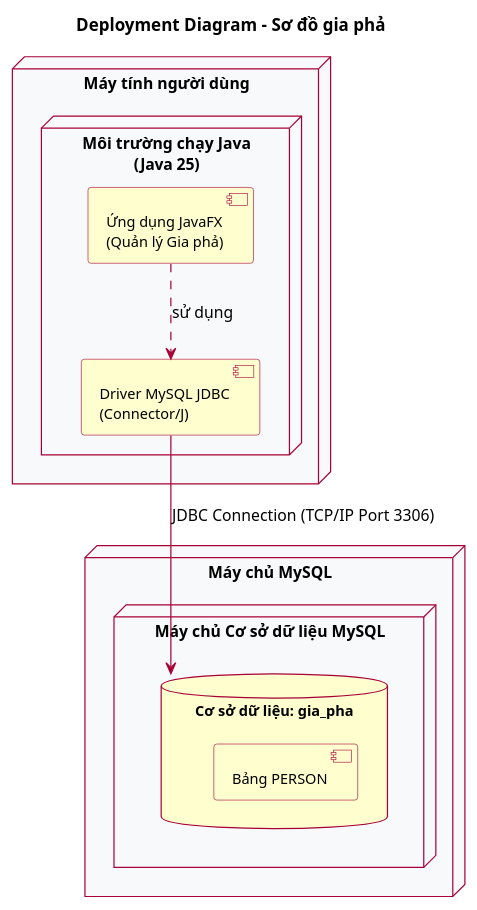
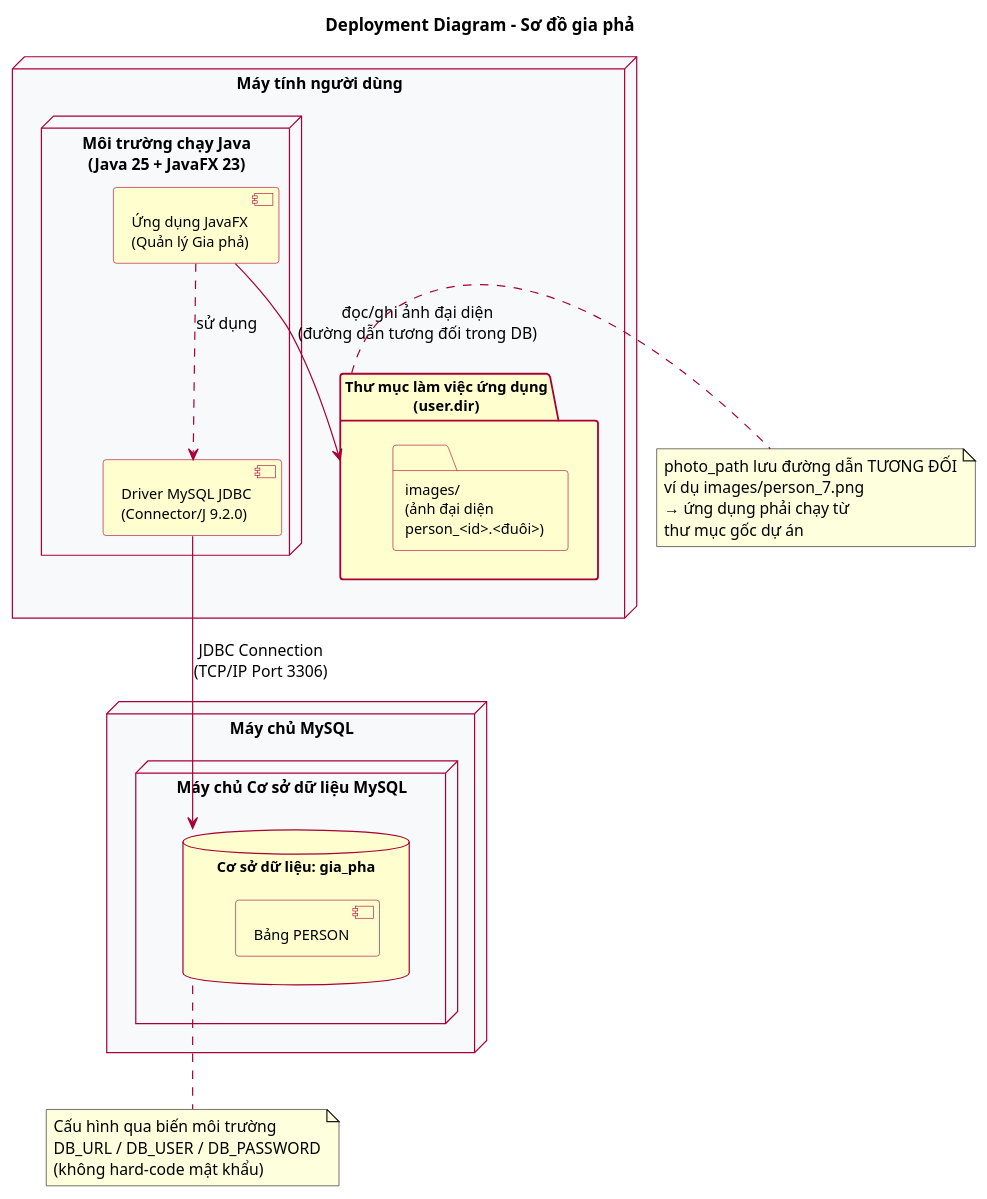
One commit to minhchien170704/do-an-gia-pha changed the diagram in docs/uml/deployment-diagram.puml. Above: the diagram before and after it, drawn with PlantUML. The commit also changed 34 other files, not shown here.

```diff
--- a/docs/uml/deployment-diagram.puml
+++ b/docs/uml/deployment-diagram.puml
@@ -1,41 +1,71 @@
 @startuml deployment-diagram
 
 title Deployment Diagram - Sơ đồ gia phả
 
 skinparam backgroundColor #FFFFFF
 skinparam node {
     BackgroundColor #F8F9FA
     BorderColor #A80036
     FontSize 13
 }
 skinparam component {
     BackgroundColor #FEFECE
     BorderColor #A80036
     FontSize 12
 }
+skinparam interface {
+    BackgroundColor #FEFECE
+    BorderColor #A80036
+    FontSize 12
+}
 skinparam database {
+    BackgroundColor #FEFECE
+    BorderColor #A80036
+    FontSize 12
+}
+skinparam folder {
     BackgroundColor #FEFECE
     BorderColor #A80036
     FontSize 12
 }
 skinparam ArrowColor #A80036
 
 node "Máy tính người dùng" as Client {
-    node "Môi trường chạy Java\n(Java 25)" as JRE {
+
+    node "Môi trường chạy Java\n(Java 25 + JavaFX 23)" as JRE {
         component "Ứng dụng JavaFX\n(Quản lý Gia phả)" as App
-        component "Driver MySQL JDBC\n(Connector/J)" as Driver
+        component "Driver MySQL JDBC\n(Connector/J 9.2.0)" as Driver
+    }
+
+    folder "Thư mục làm việc ứng dụng\n(user.dir)" as WorkDir {
+        folder "images/\n(ảnh đại diện\nperson_<id>.<đuôi>)" as ImagesDir
     }
 }
 
 node "Máy chủ MySQL" as Server {
     node "Máy chủ Cơ sở dữ liệu MySQL" as DBMS {
         database "Cơ sở dữ liệu: gia_pha" as DB {
             [Bảng PERSON]
         }
     }
 }
 
 App ..> Driver : sử dụng
-Driver --> DB : JDBC Connection (TCP/IP Port 3306)
+Driver --> DB : JDBC Connection\n(TCP/IP Port 3306)
+
+App --> WorkDir : đọc/ghi ảnh đại diện\n(đường dẫn tương đối trong DB)
+
+note right of WorkDir
+  photo_path lưu đường dẫn TƯƠNG ĐỐI
+  ví dụ images/person_7.png
+  → ứng dụng phải chạy từ
+  thư mục gốc dự án
+end note
+
+note bottom of DB
+  Cấu hình qua biến môi trường
+  DB_URL / DB_USER / DB_PASSWORD
+  (không hard-code mật khẩu)
+end note
 
 @enduml
```
